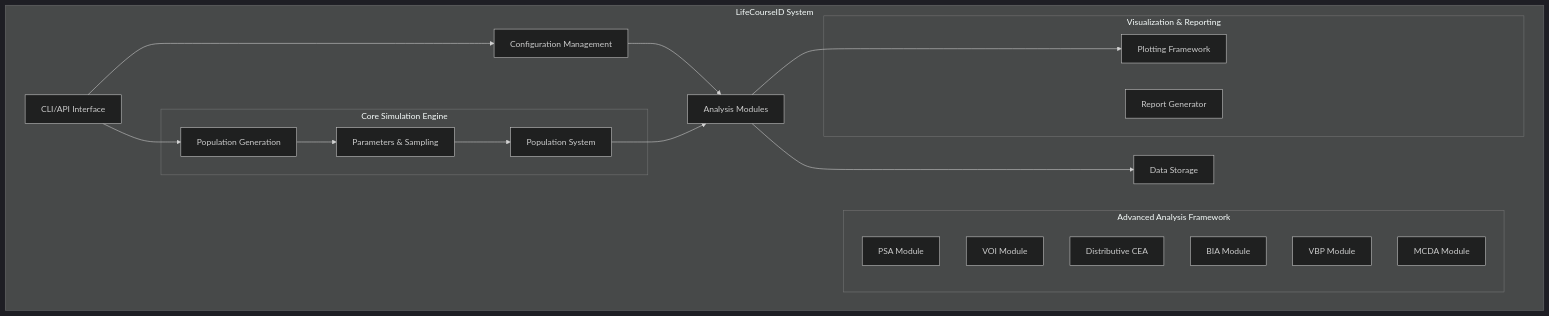
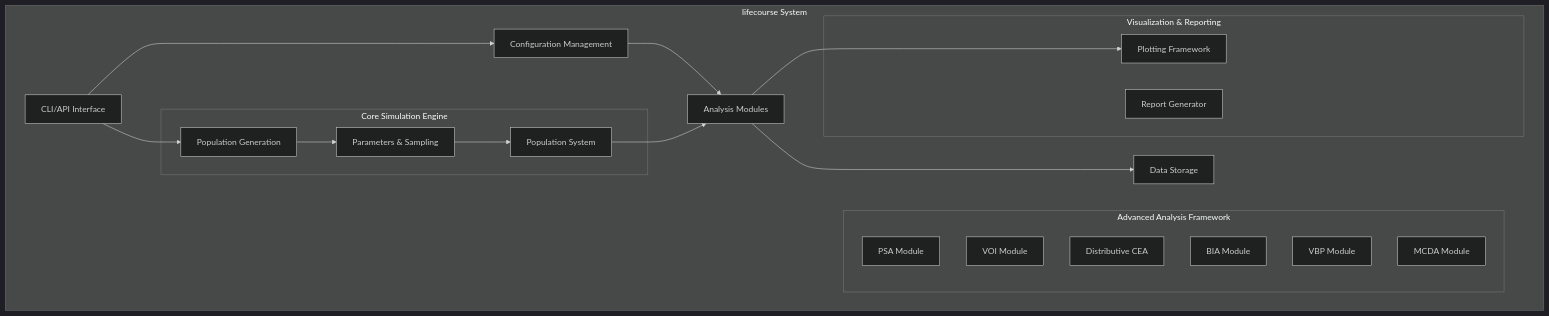
Before and after one commit to edithatogo/lifecourse: the first of 4 diagrams in docs/design.md, drawn with Mermaid (dark theme). The commit also changed other lines of this file and 12 other files, not shown here.

````diff
--- a/docs/design.md
+++ b/docs/design.md
@@ -67,40 +67,40 @@
 ```mermaid
 graph TB
-    subgraph "LifeCourseID System"
+    subgraph "lifecourse System"
         CLI[CLI/API Interface]
         CFG[Configuration Management]
         ANA[Analysis Modules]
         DAT[Data Storage]
-        
+
         CLI --> CFG
         CFG --> ANA
         ANA --> DAT
-        
+
         subgraph "Core Simulation Engine"
             POP[Population Generation]
             PAR[Parameters & Sampling]
             SYS[Population System]
-            
+
             POP --> PAR
             PAR --> SYS
         end
-        
+
         subgraph "Advanced Analysis Framework"
             PSA[PSA Module]
             VOI[VOI Module]
             DCEA[Distributive CEA]
             BIA[BIA Module]
             VBP[VBP Module]
             MCDA[MCDA Module]
         end
-        
+
         subgraph "Visualization & Reporting"
             VIZ[Plotting Framework]
             REP[Report Generator]
         end
     end
-    
+
     CLI --> POP
     SYS --> ANA
     ANA --> VIZ
 ```
````
